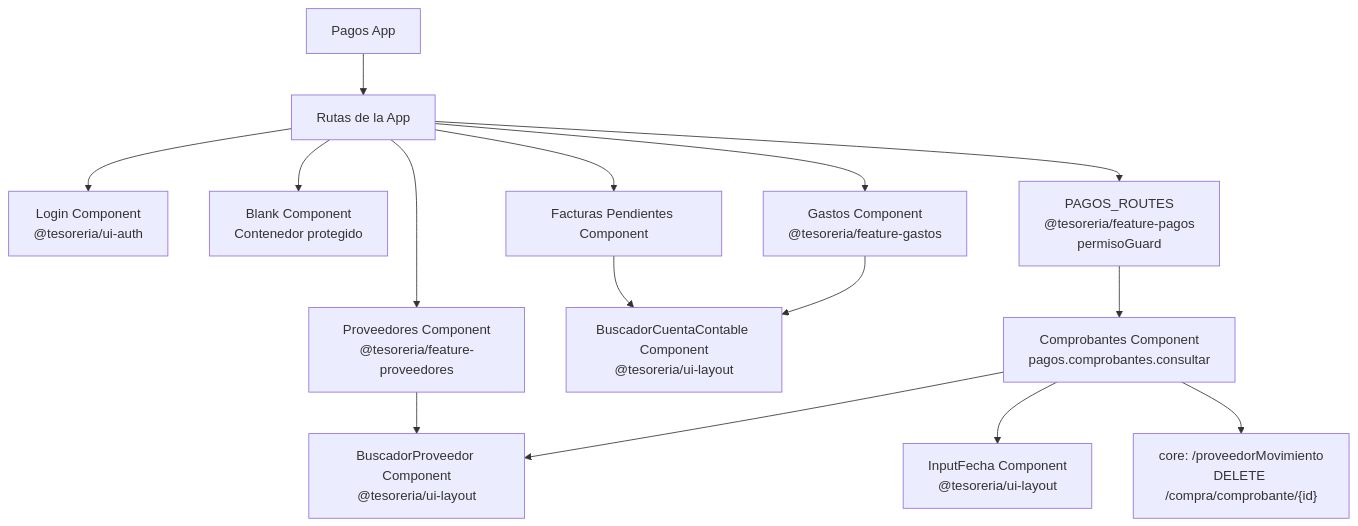
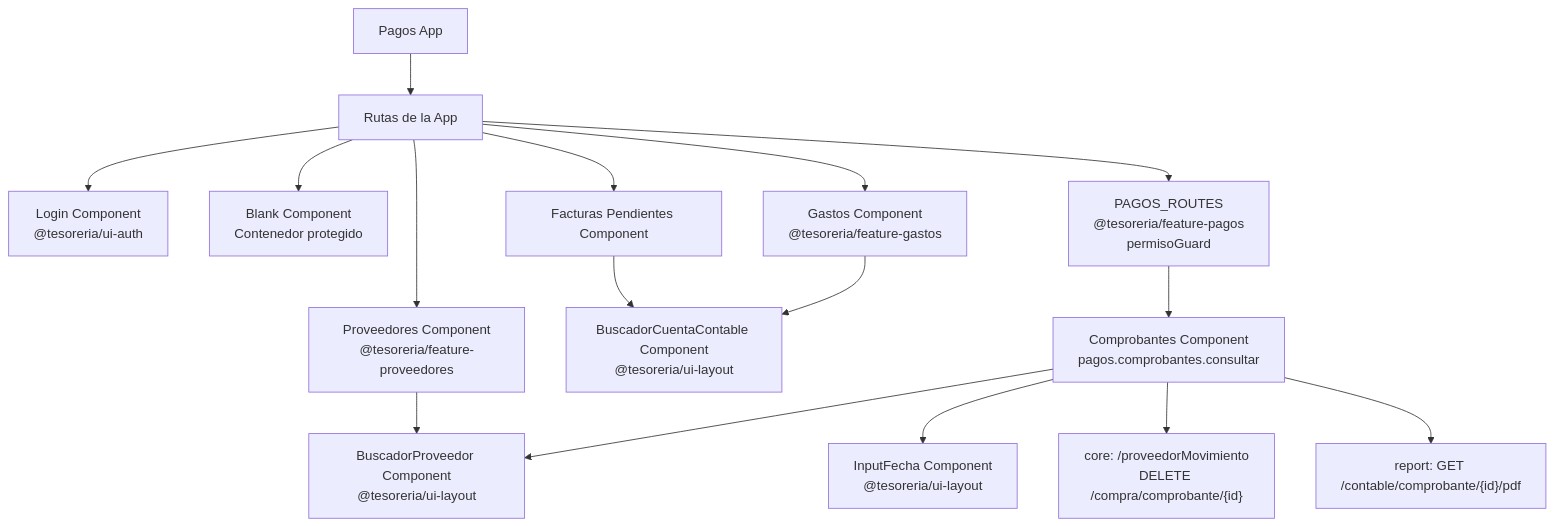
The sixth of 8 diagrams in docs/architecture.md (UM-services/UM.tesoreria.frontend-client), drawn with Mermaid before and after one commit. The commit also changed 3 other files, not shown here.

````diff
--- a/docs/architecture.md
+++ b/docs/architecture.md
@@ -313,18 +313,19 @@
 ```mermaid
     flowchart TD
     PagosApp["Pagos App"] --> AppRoutes["Rutas de la App"]
     AppRoutes --> Login["Login Component<br/>@tesoreria/ui-auth"]
     AppRoutes --> Blank["Blank Component<br/>Contenedor protegido"]
     AppRoutes --> Facturas["Facturas Pendientes Component"]
     AppRoutes --> Proveedores["Proveedores Component<br/>@tesoreria/feature-proveedores"]
     AppRoutes --> Gastos["Gastos Component<br/>@tesoreria/feature-gastos"]
     AppRoutes --> Comprobantes["PAGOS_ROUTES<br/>@tesoreria/feature-pagos<br/>permisoGuard"]
 
     Facturas --> BuscadorCuentaContable["BuscadorCuentaContable Component<br/>@tesoreria/ui-layout"]
     Proveedores --> BuscadorProveedor["BuscadorProveedor Component<br/>@tesoreria/ui-layout"]
     Gastos --> BuscadorCuentaContable
     Comprobantes --> ComprobantesComp["Comprobantes Component<br/>pagos.comprobantes.consultar"]
     ComprobantesComp --> BuscadorProveedor
     ComprobantesComp --> InputFecha["InputFecha Component<br/>@tesoreria/ui-layout"]
     ComprobantesComp --> MovimientoAPI["core: /proveedorMovimiento<br/>DELETE /compra/comprobante/{id}"]
+    ComprobantesComp --> ReportPDF["report: GET /contable/comprobante/{id}/pdf"]
 ```
````
